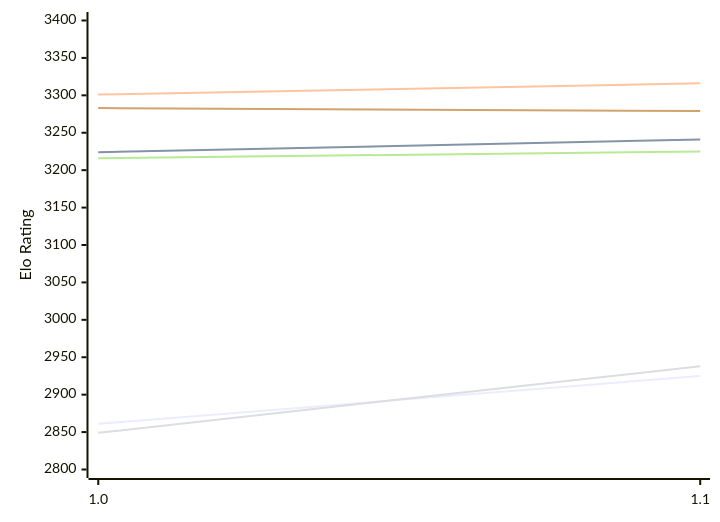
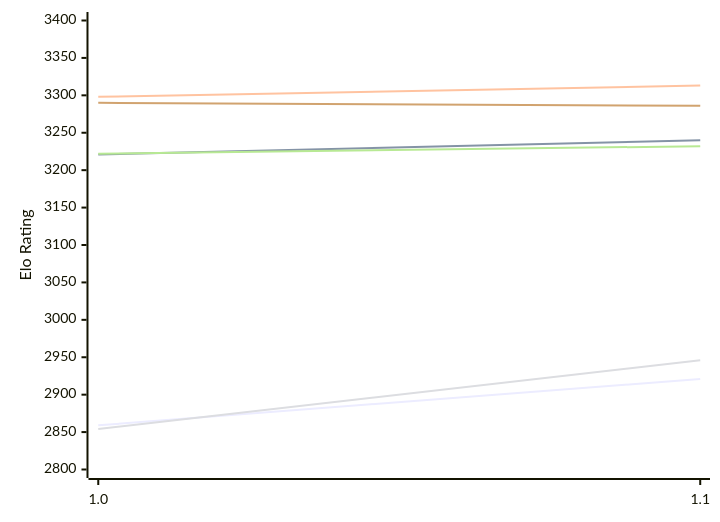
One commit to computer-chess-index/cci changed the first of 2 diagrams in engines/RodentV.md. Above: the diagram before and after it, drawn with Mermaid. The commit also changed other lines of this file, not shown here.

Commit message:
Update CCI Ratings (ELO VLTC) - 2026-11-23

````diff
--- a/engines/RodentV.md
+++ b/engines/RodentV.md
@@ -50,12 +50,12 @@
 ```mermaid
 %%{init: {"theme":"base","themeVariables":{"seriesColors:['#a3a3a3','#222221','#faa371']}}}%%
 xychart-beta
   x-axis ["1.0", "1.1"]
   y-axis "Elo Rating" 2800 --> 3400
-  line "E1: STC (8.0+0.08s)" [2861, 2925]
-  line "E1: LTC (60.0+0.60s)" [3224, 3241]
-  line "E1: VLTC (2m24s+1.12s)" [3301, 3316]
-  line "P1: STC (8.0+0.08s)" [2849, 2938]
-  line "P1: LTC (60.0+0.60s)" [3216, 3225]
-  line "P1: VLTC (2m24s+1.12s)" [3283, 3279]
+  line "E1: STC (8.0+0.08s)" [2859, 2921]
+  line "E1: LTC (60.0+0.60s)" [3221, 3240]
+  line "E1: VLTC (2m24s+1.12s)" [3298, 3313]
+  line "P1: STC (8.0+0.08s)" [2854, 2946]
+  line "P1: LTC (60.0+0.60s)" [3222, 3232]
+  line "P1: VLTC (2m24s+1.12s)" [3290, 3286]
 ```
````
